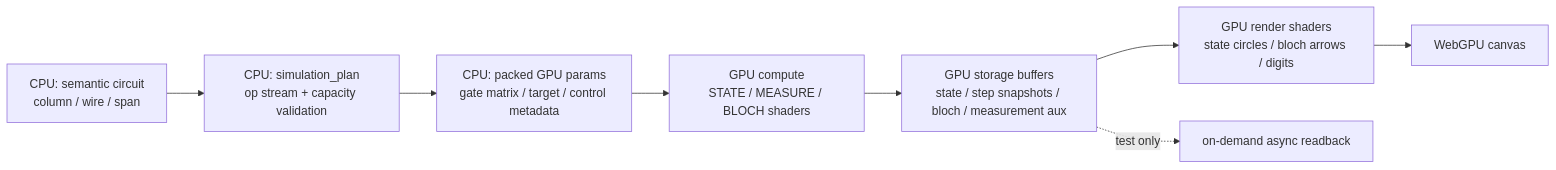
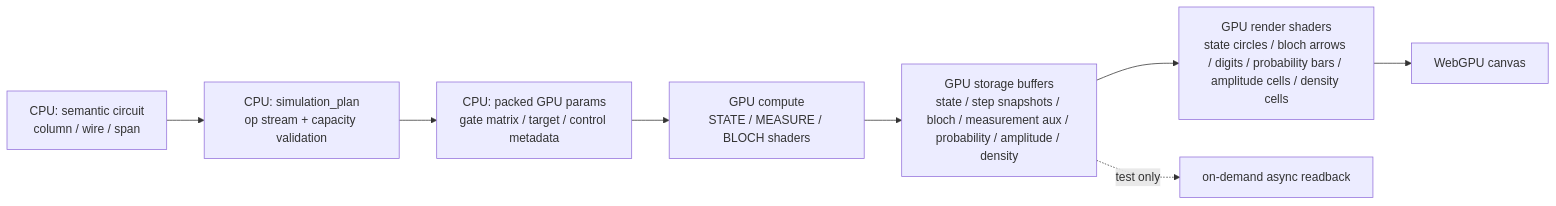
One commit to qniapp/qni-webgpu changed the diagram in docs/gpu-plan.md. Above: the diagram before and after it, drawn with Mermaid. The commit also changed other lines of this file and 81 other files, not shown here.

````diff
--- a/docs/gpu-plan.md
+++ b/docs/gpu-plan.md
@@ -15,10 +15,10 @@
 ```mermaid
 flowchart LR
   Circuit[CPU: semantic circuit<br/>column / wire / span] --> Plan[CPU: simulation_plan<br/>op stream + capacity validation]
   Plan --> Params[CPU: packed GPU params<br/>gate matrix / target / control metadata]
   Params --> Compute[GPU compute<br/>STATE / MEASURE / BLOCH shaders]
-  Compute --> Buffers[GPU storage buffers<br/>state / step snapshots / bloch / measurement aux]
-  Buffers --> Render[GPU render shaders<br/>state circles / bloch arrows / digits]
+  Compute --> Buffers[GPU storage buffers<br/>state / step snapshots / bloch / measurement aux / probability / amplitude / density]
+  Buffers --> Render[GPU render shaders<br/>state circles / bloch arrows / digits / probability bars / amplitude cells / density cells]
   Render --> Canvas[WebGPU canvas]
   Buffers -. test only .-> Readback[on-demand async readback]
 ```
````
